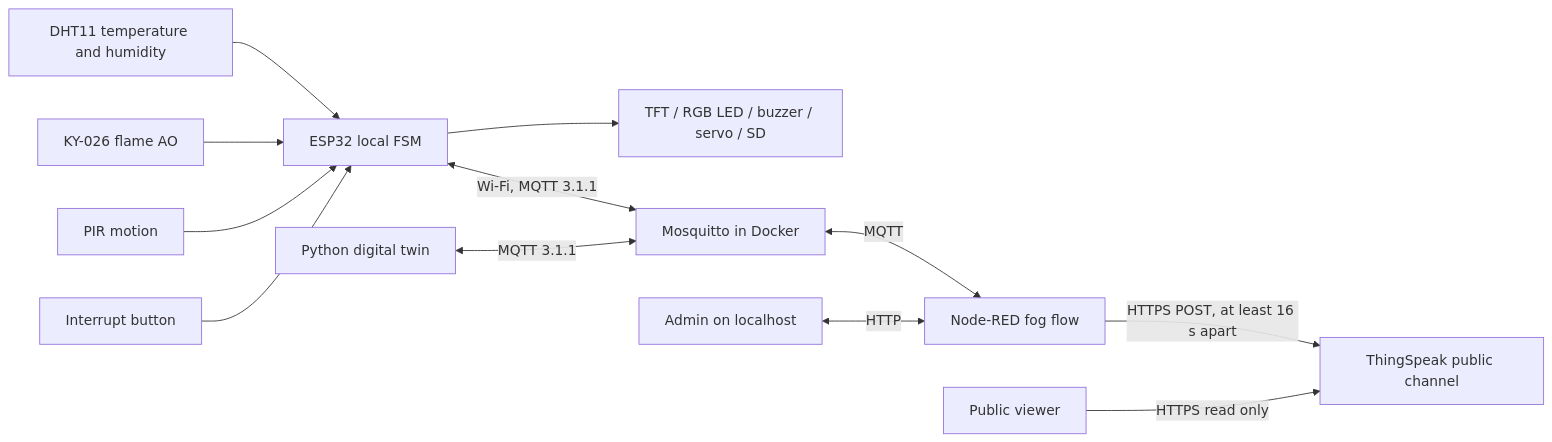
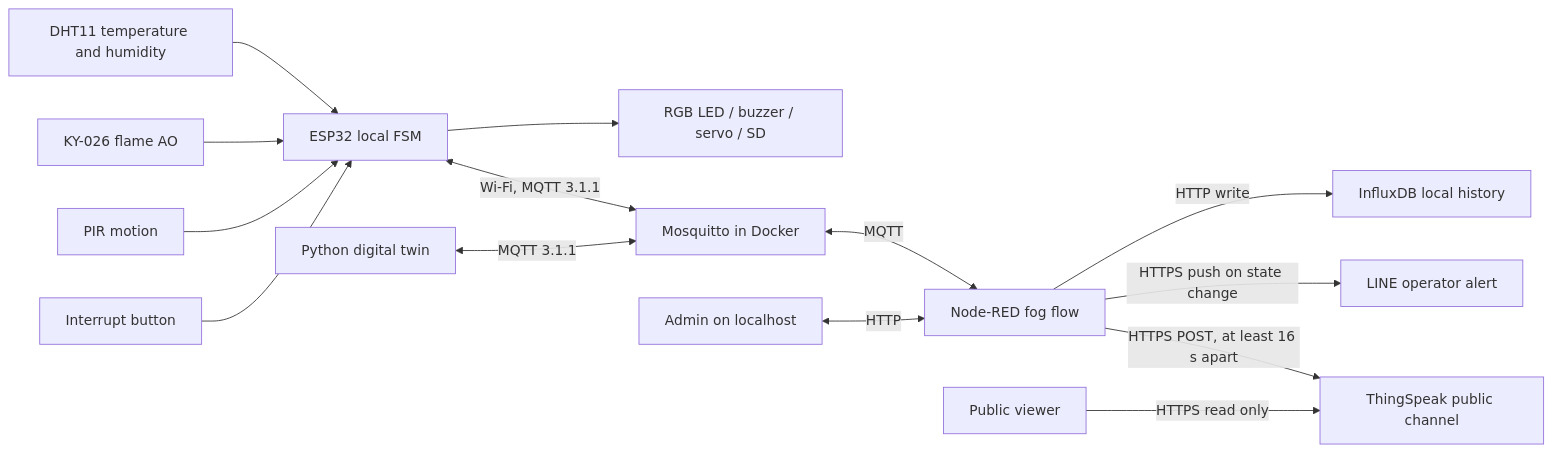
Before and after one commit to aeris-pcv/Forest_Detection_Node_red: the first of 2 diagrams in docs/REPORT.md, drawn with Mermaid. The commit also changed other lines of this file and 14 other files, not shown here.

Commit message:
Replace TFT with InfluxDB history and LINE alerts

````diff
--- a/docs/REPORT.md
+++ b/docs/REPORT.md
@@ -17,14 +17,16 @@
 ```mermaid
 flowchart LR
   DHT[DHT11 temperature and humidity] --> ESP[ESP32 local FSM]
   Flame[KY-026 flame AO] --> ESP
   PIR[PIR motion] --> ESP
   Button[Interrupt button] --> ESP
-  ESP --> Local[TFT / RGB LED / buzzer / servo / SD]
+  ESP --> Local[RGB LED / buzzer / servo / SD]
   ESP <-->|Wi-Fi, MQTT 3.1.1| Broker[Mosquitto in Docker]
   Twin[Python digital twin] <-->|MQTT 3.1.1| Broker
   Broker <-->|MQTT| NR[Node-RED fog flow]
   Admin[Admin on localhost] <-->|HTTP| NR
+  NR -->|HTTP write| Influx[InfluxDB local history]
+  NR -->|HTTPS push on state change| LINE[LINE operator alert]
   NR -->|HTTPS POST, at least 16 s apart| TS[ThingSpeak public channel]
   Public[Public viewer] -->|HTTPS read only| TS
 ```
````
